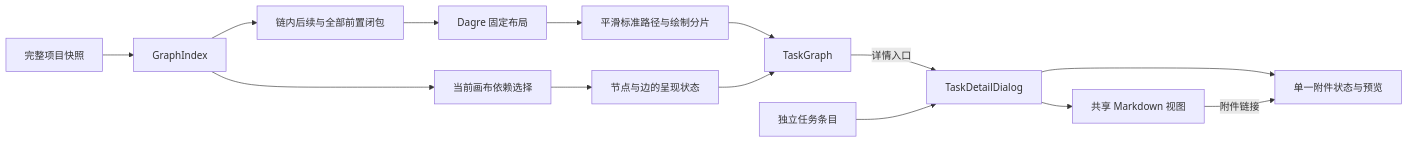
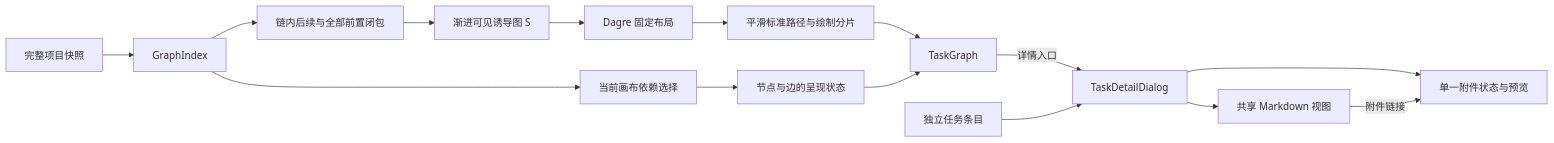
The diagram in docs/design/daynight-task-inspection.md (codetreker/day-night), drawn with Mermaid before and after one commit. The commit also changed other lines of this file and 42 other files, not shown here.

First line of the commit message:
feat: progressively disclose large task graphs

````diff
--- a/docs/design/daynight-task-inspection.md
+++ b/docs/design/daynight-task-inspection.md
@@ -19,16 +19,17 @@
 ```mermaid
 flowchart LR
   Snapshot[完整项目快照] --> Index[GraphIndex]
   Index --> Projection[链内后续与全部前置闭包]
-  Projection --> Layout[Dagre 固定布局]
+  Projection --> Visible[渐进可见诱导图 S]
+  Visible --> Layout[Dagre 固定布局]
   Layout --> Routes[平滑标准路径与绘制分片]
   Index --> Inspect[当前画布依赖选择]
   Inspect --> Classes[节点与边的呈现状态]
   Routes --> Canvas[TaskGraph]
   Classes --> Canvas
   Canvas -->|详情入口| Detail[TaskDetailDialog]
   Standalone[独立任务条目] --> Detail
   Detail --> Markdown[共享 Markdown 视图]
   Detail --> Attachments[单一附件状态与预览]
   Markdown -->|附件链接| Attachments
 ```
````
